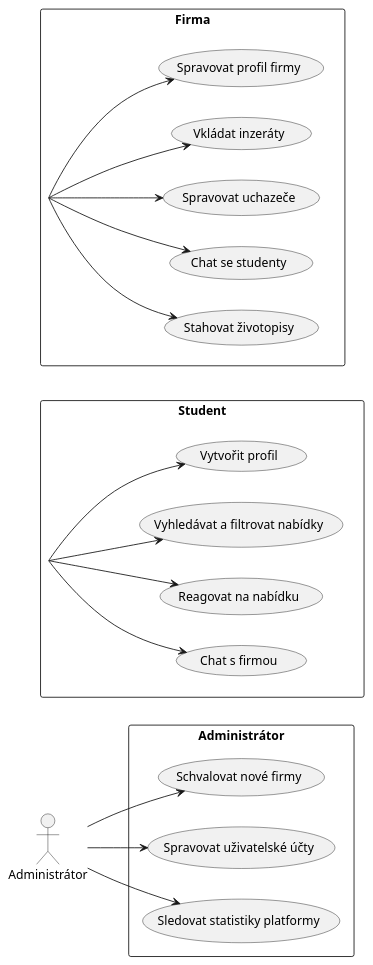
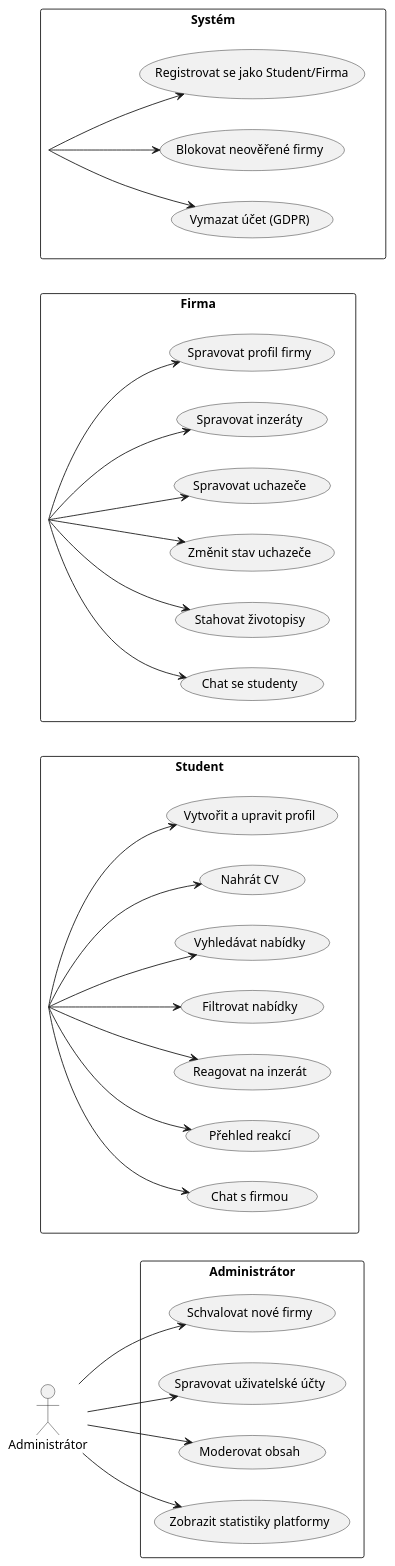
The diagram in diagrams/use_case_diagram_v2.puml (pslib-cz/2025-p1a-inf-nis-filipvyroubal), drawn with PlantUML before and after one commit. The commit also changed 6 other files, not shown here.

```diff
--- a/diagrams/use_case_diagram_v2.puml
+++ b/diagrams/use_case_diagram_v2.puml
@@ -1,44 +1,64 @@
 @startuml usecase_diagram_v2
 left to right direction
 skinparam packageStyle rectangle
 skinparam actorStyle stick
 
 actor Student
 actor Firma
 actor "Administrátor" as Admin
+actor Systém
 
 package "Student" {
-  usecase "Vytvořit profil" as UC1
-  usecase "Vyhledávat a filtrovat nabídky" as UC2
-  usecase "Reagovat na nabídku" as UC3
-  usecase "Chat s firmou" as UC4
+  usecase "Vytvořit a upravit profil" as UC1
+  usecase "Nahrát CV" as UC2
+  usecase "Vyhledávat nabídky" as UC3
+  usecase "Filtrovat nabídky" as UC4
+  usecase "Reagovat na inzerát" as UC5
+  usecase "Přehled reakcí" as UC6
+  usecase "Chat s firmou" as UC7
 }
 
 package "Firma" {
-  usecase "Spravovat profil firmy" as UC5
-  usecase "Vkládat inzeráty" as UC6
-  usecase "Spravovat uchazeče" as UC7
-  usecase "Chat se studenty" as UC8
-  usecase "Stahovat životopisy" as UC9
+  usecase "Spravovat profil firmy" as UC8
+  usecase "Spravovat inzeráty" as UC9
+  usecase "Spravovat uchazeče" as UC10
+  usecase "Změnit stav uchazeče" as UC11
+  usecase "Stahovat životopisy" as UC12
+  usecase "Chat se studenty" as UC13
 }
 
 package "Administrátor" {
-  usecase "Schvalovat nové firmy" as UC10
-  usecase "Spravovat uživatelské účty" as UC11
-  usecase "Sledovat statistiky platformy" as UC12
+  usecase "Schvalovat nové firmy" as UC14
+  usecase "Spravovat uživatelské účty" as UC15
+  usecase "Moderovat obsah" as UC16
+  usecase "Zobrazit statistiky platformy" as UC17
+}
+
+package "Systém" {
+  usecase "Registrovat se jako Student/Firma" as UC18
+  usecase "Blokovat neověřené firmy" as UC19
+  usecase "Vymazat účet (GDPR)" as UC20
 }
 
 Student --> UC1
 Student --> UC2
 Student --> UC3
 Student --> UC4
-Firma --> UC5
-Firma --> UC6
-Firma --> UC7
+Student --> UC5
+Student --> UC6
+Student --> UC7
 Firma --> UC8
 Firma --> UC9
-Admin --> UC10
-Admin --> UC11
-Admin --> UC12
+Firma --> UC10
+Firma --> UC11
+Firma --> UC12
+Firma --> UC13
+Admin --> UC14
+Admin --> UC15
+Admin --> UC16
+Admin --> UC17
+Systém --> UC18
+Systém --> UC19
+Systém --> UC20
 
 @enduml
```
